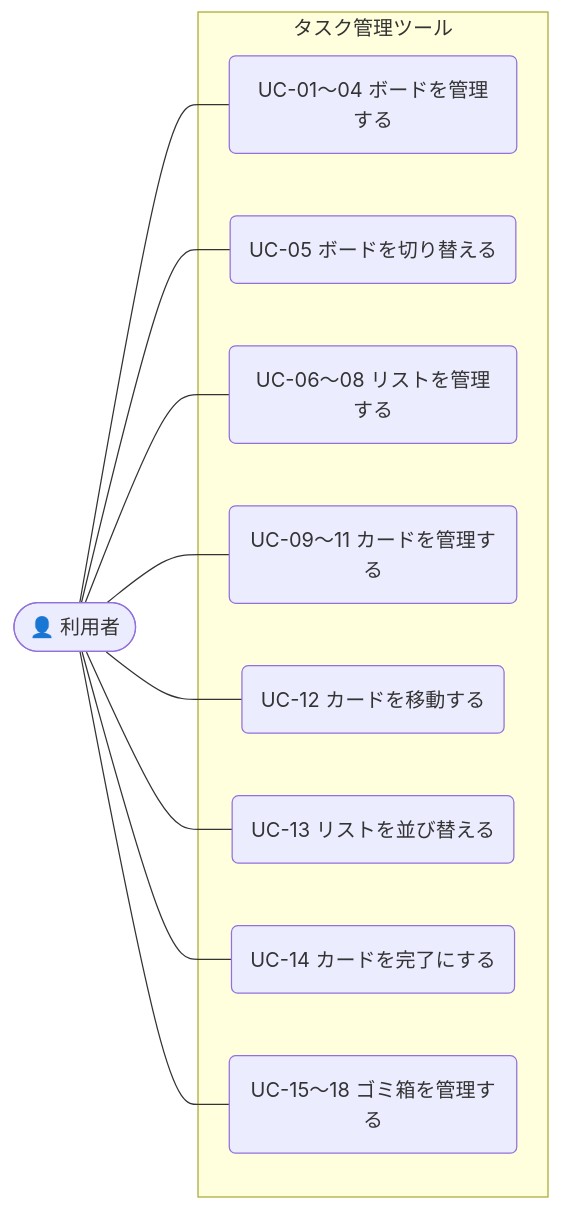
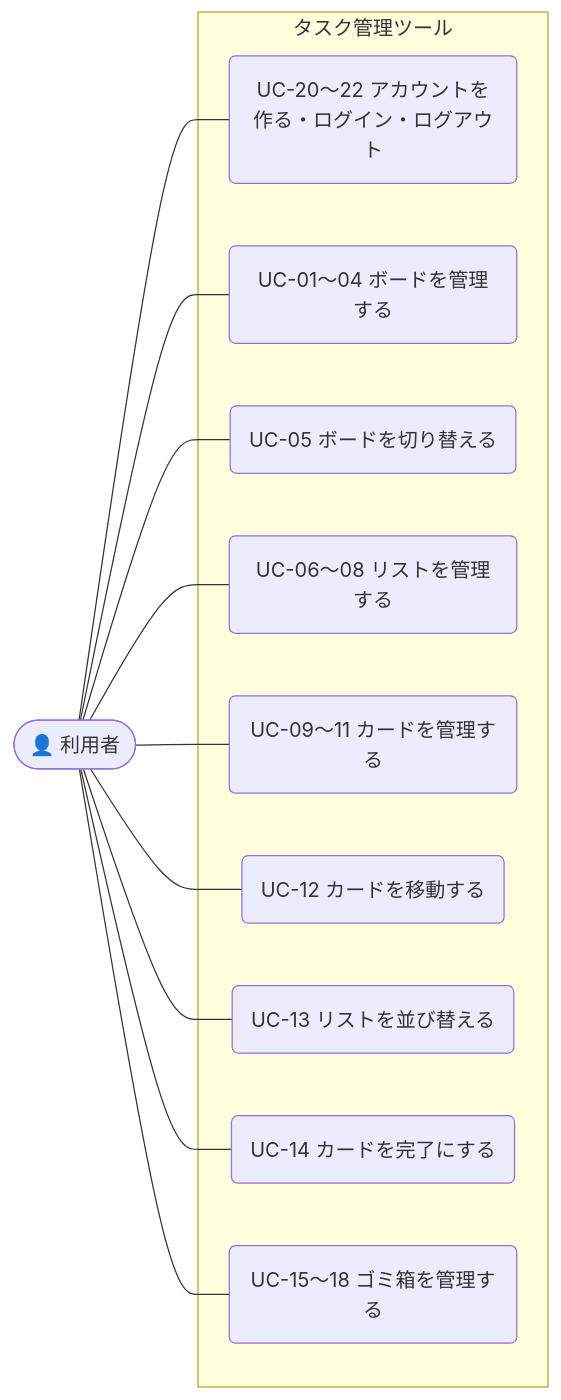
One commit to major182/TaskManegementTool changed the diagram in 01-1_ユースケース.md. Above: the diagram before and after it, drawn with Mermaid. The commit also changed other lines of this file and 6 other files, not shown here.

````diff
--- a/01-1_ユースケース.md
+++ b/01-1_ユースケース.md
@@ -49,24 +54,26 @@
 ```mermaid
 flowchart LR
     U(["👤 利用者"])
 
     subgraph APP["タスク管理ツール"]
+        UC2022("UC-20〜22 アカウントを作る・ログイン・ログアウト")
         UC0104("UC-01〜04 ボードを管理する")
         UC05("UC-05 ボードを切り替える")
         UC0608("UC-06〜08 リストを管理する")
         UC0911("UC-09〜11 カードを管理する")
         UC12("UC-12 カードを移動する")
         UC13("UC-13 リストを並び替える")
         UC14("UC-14 カードを完了にする")
         UC1518("UC-15〜18 ゴミ箱を管理する")
     end
 
+    U --- UC2022
     U --- UC0104
     U --- UC05
     U --- UC0608
     U --- UC0911
     U --- UC12
     U --- UC13
     U --- UC14
     U --- UC1518
 ```
````
